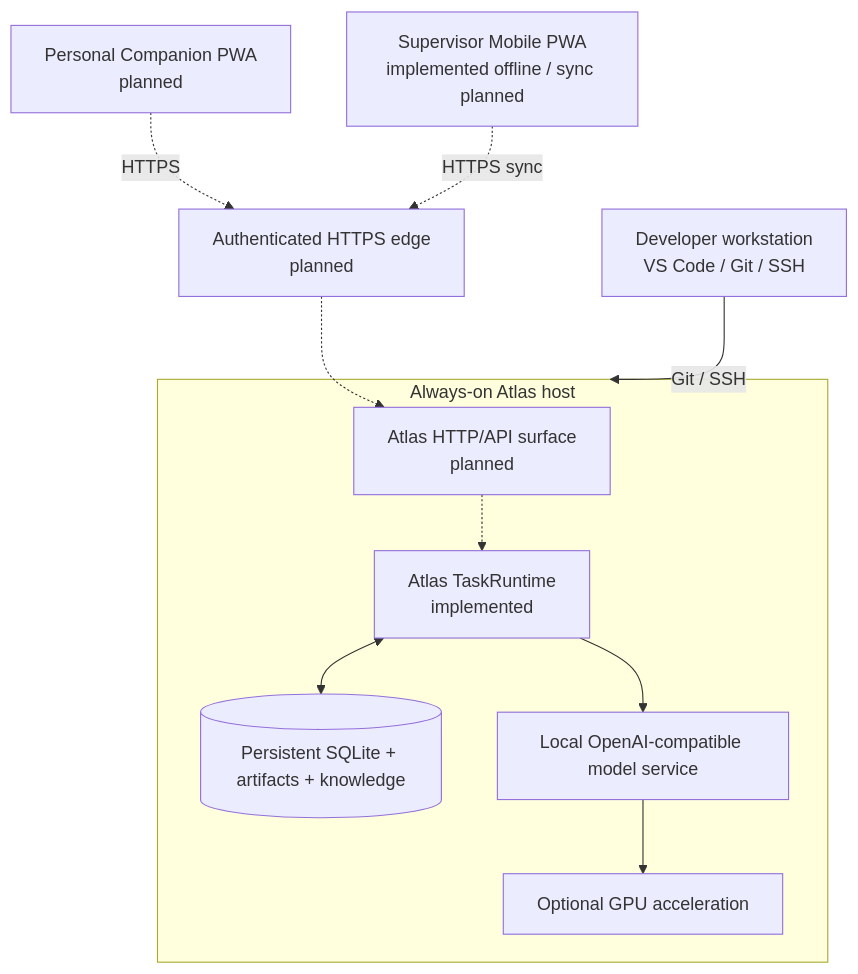
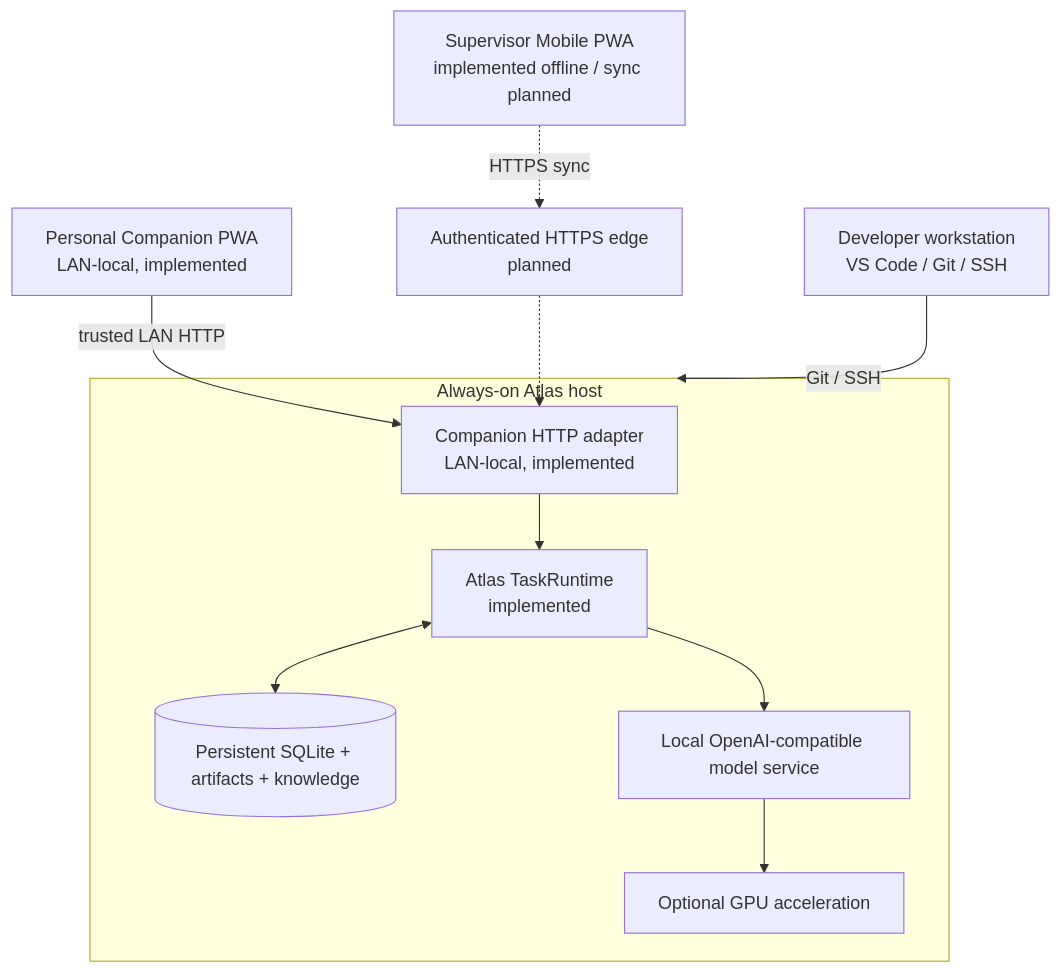
The sixth of 6 diagrams in README.md (Keeladin/atlas-agent), drawn with Mermaid before and after one commit. The commit also changed other lines of this file and 5 other files, not shown here.

````diff
--- a/README.md
+++ b/README.md
@@ -639,25 +675,25 @@
 ```mermaid
 flowchart TB
-    PHONE[Personal Companion PWA\nplanned]
+    PHONE[Personal Companion PWA\nLAN-local, implemented]
     REPORT[Supervisor Mobile PWA\nimplemented offline / sync planned]
     DEV[Developer workstation\nVS Code / Git / SSH]
 
     EDGE[Authenticated HTTPS edge\nplanned]
 
     subgraph HOST[Always-on Atlas host]
-        API[Atlas HTTP/API surface\nplanned]
+        API[Companion HTTP adapter\nLAN-local, implemented]
         CORE[Atlas TaskRuntime\nimplemented]
         DATA[(Persistent SQLite + artifacts + knowledge)]
         MODEL[Local OpenAI-compatible model service]
         GPU[Optional GPU acceleration]
     end
 
-    PHONE -. HTTPS .-> EDGE
+    PHONE -->|trusted LAN HTTP| API
     REPORT -. HTTPS sync .-> EDGE
     EDGE -.-> API
-    API -.-> CORE
+    API --> CORE
     DEV -->|Git / SSH| HOST
     CORE <--> DATA
     CORE --> MODEL
     MODEL --> GPU
 ```
````
